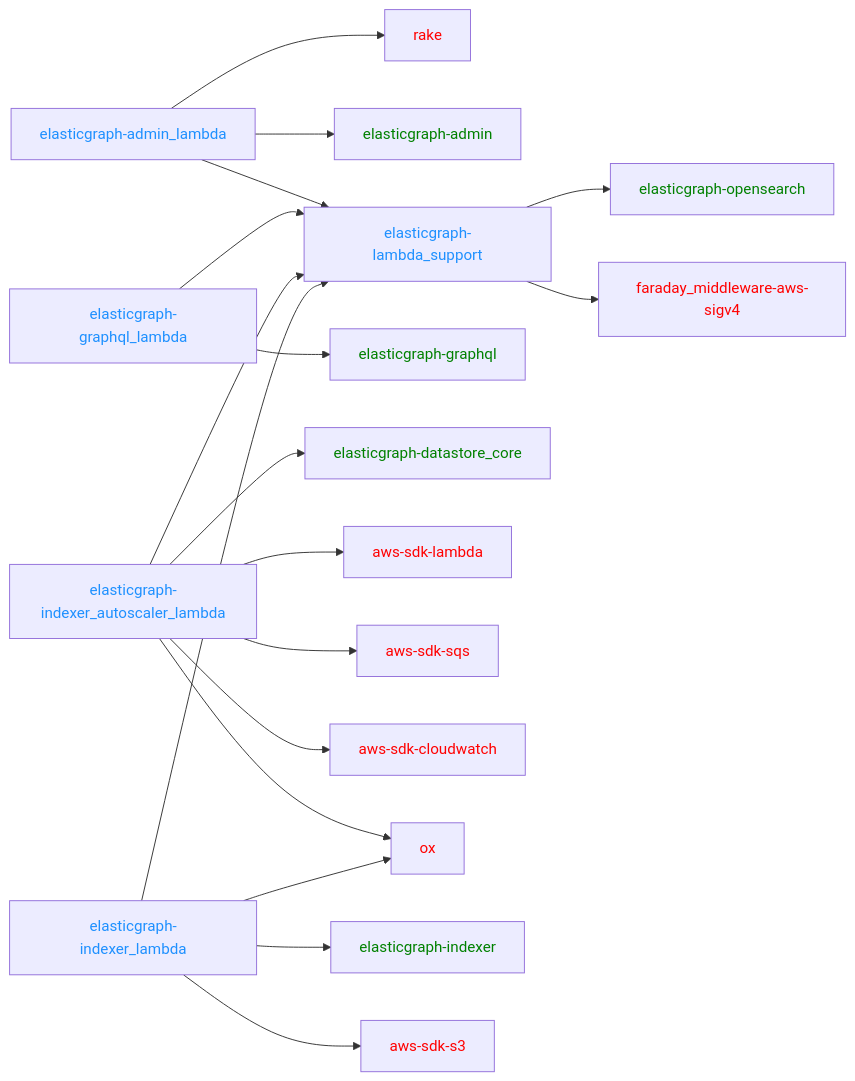
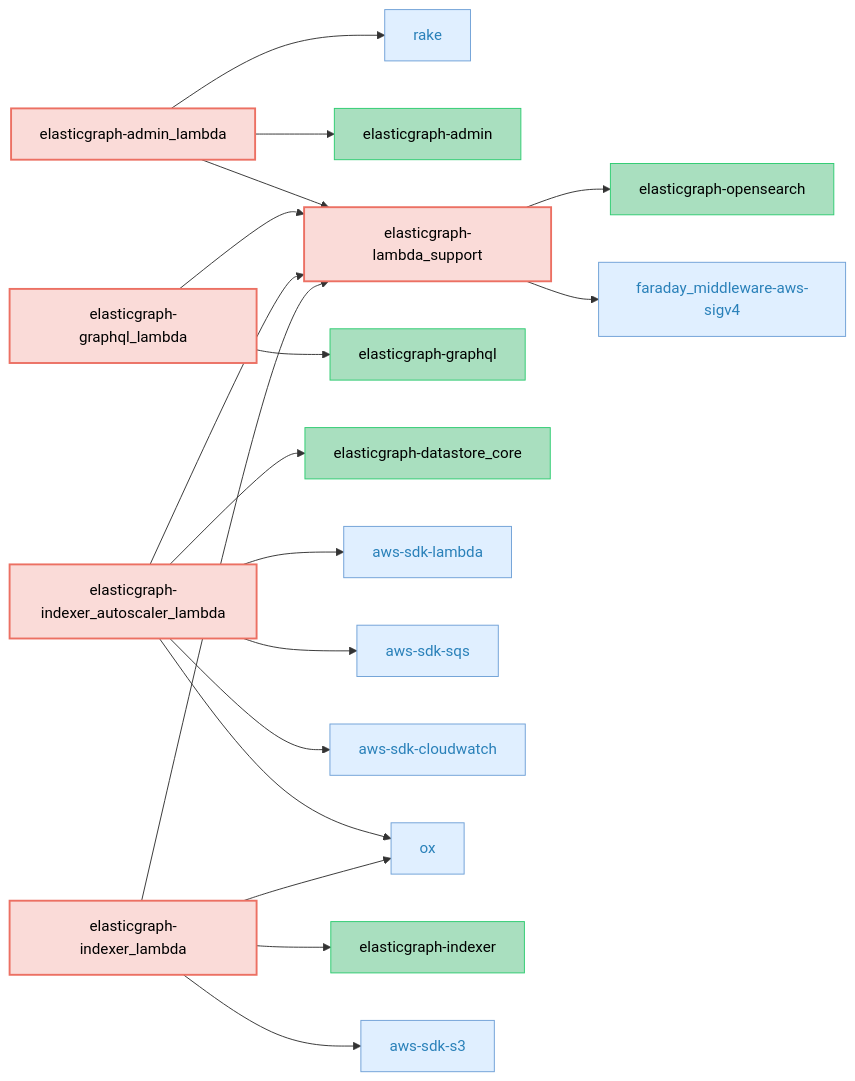
One commit to ciaran51/elasticgraph changed the second of 5 diagrams in CODEBASE_OVERVIEW.md. Above: the diagram before and after it, drawn with Mermaid. The commit also changed other lines of this file and 48 other files, not shown here.

First line of the commit message:
Maintain a dependency diagram on each gem README. (#620)

````diff
--- a/CODEBASE_OVERVIEW.md
+++ b/CODEBASE_OVERVIEW.md
@@ -65,32 +96,64 @@
 ```mermaid
 graph LR;
-    elasticgraph-admin_lambda --> rake & elasticgraph-admin & elasticgraph-lambda_support
-    elasticgraph-graphql_lambda --> elasticgraph-graphql & elasticgraph-lambda_support
-    elasticgraph-indexer_autoscaler_lambda --> elasticgraph-datastore_core & elasticgraph-lambda_support & aws-sdk-lambda & aws-sdk-sqs & aws-sdk-cloudwatch & ox
-    elasticgraph-indexer_lambda --> elasticgraph-indexer & elasticgraph-lambda_support & aws-sdk-s3 & ox
-    elasticgraph-lambda_support --> elasticgraph-opensearch & faraday_middleware-aws-sigv4
-    style elasticgraph-admin_lambda color: DodgerBlue;
-    style elasticgraph-graphql_lambda color: DodgerBlue;
-    style elasticgraph-indexer_autoscaler_lambda color: DodgerBlue;
-    style elasticgraph-indexer_lambda color: DodgerBlue;
-    style elasticgraph-lambda_support color: DodgerBlue;
-    style rake color: Red;
-    style elasticgraph-admin color: Green;
-    style elasticgraph-graphql color: Green;
-    style elasticgraph-datastore_core color: Green;
-    style aws-sdk-lambda color: Red;
-    style aws-sdk-sqs color: Red;
-    style aws-sdk-cloudwatch color: Red;
-    style ox color: Red;
-    style elasticgraph-indexer color: Green;
-    style aws-sdk-s3 color: Red;
-    style elasticgraph-opensearch color: Green;
-    style faraday_middleware-aws-sigv4 color: Red;
-click aws-sdk-cloudwatch href "https://rubygems.org/gems/aws-sdk-cloudwatch"
-click aws-sdk-lambda href "https://rubygems.org/gems/aws-sdk-lambda"
-click aws-sdk-s3 href "https://rubygems.org/gems/aws-sdk-s3"
-click aws-sdk-sqs href "https://rubygems.org/gems/aws-sdk-sqs"
-click faraday_middleware-aws-sigv4 href "https://rubygems.org/gems/faraday_middleware-aws-sigv4"
-click ox href "https://rubygems.org/gems/ox"
-click rake href "https://rubygems.org/gems/rake"
+    classDef targetGemStyle fill:#FADBD8,stroke:#EC7063,color:#000,stroke-width:2px;
+    classDef otherEgGemStyle fill:#A9DFBF,stroke:#2ECC71,color:#000;
+    classDef externalGemCatStyle fill:#E0EFFF,stroke:#70A1D7,color:#2980B9;
+    elasticgraph-admin_lambda["elasticgraph-admin_lambda"];
+    rake["rake"];
+    elasticgraph-admin["elasticgraph-admin"];
+    elasticgraph-lambda_support["elasticgraph-lambda_support"];
+    elasticgraph-graphql_lambda["elasticgraph-graphql_lambda"];
+    elasticgraph-graphql["elasticgraph-graphql"];
+    elasticgraph-indexer_autoscaler_lambda["elasticgraph-indexer_autoscaler_lambda"];
+    elasticgraph-datastore_core["elasticgraph-datastore_core"];
+    aws-sdk-lambda["aws-sdk-lambda"];
+    aws-sdk-sqs["aws-sdk-sqs"];
+    aws-sdk-cloudwatch["aws-sdk-cloudwatch"];
+    ox["ox"];
+    elasticgraph-indexer_lambda["elasticgraph-indexer_lambda"];
+    elasticgraph-indexer["elasticgraph-indexer"];
+    aws-sdk-s3["aws-sdk-s3"];
+    elasticgraph-opensearch["elasticgraph-opensearch"];
+    faraday_middleware-aws-sigv4["faraday_middleware-aws-sigv4"];
+    elasticgraph-admin_lambda --> rake;
+    elasticgraph-admin_lambda --> elasticgraph-admin;
+    elasticgraph-admin_lambda --> elasticgraph-lambda_support;
+    elasticgraph-graphql_lambda --> elasticgraph-graphql;
+    elasticgraph-graphql_lambda --> elasticgraph-lambda_support;
+    elasticgraph-indexer_autoscaler_lambda --> elasticgraph-datastore_core;
+    elasticgraph-indexer_autoscaler_lambda --> elasticgraph-lambda_support;
+    elasticgraph-indexer_autoscaler_lambda --> aws-sdk-lambda;
+    elasticgraph-indexer_autoscaler_lambda --> aws-sdk-sqs;
+    elasticgraph-indexer_autoscaler_lambda --> aws-sdk-cloudwatch;
+    elasticgraph-indexer_autoscaler_lambda --> ox;
+    elasticgraph-indexer_lambda --> elasticgraph-indexer;
+    elasticgraph-indexer_lambda --> elasticgraph-lambda_support;
+    elasticgraph-indexer_lambda --> aws-sdk-s3;
+    elasticgraph-indexer_lambda --> ox;
+    elasticgraph-lambda_support --> elasticgraph-opensearch;
+    elasticgraph-lambda_support --> faraday_middleware-aws-sigv4;
+    class elasticgraph-admin_lambda targetGemStyle;
+    class rake externalGemCatStyle;
+    class elasticgraph-admin otherEgGemStyle;
+    class elasticgraph-lambda_support targetGemStyle;
+    class elasticgraph-graphql_lambda targetGemStyle;
+    class elasticgraph-graphql otherEgGemStyle;
+    class elasticgraph-indexer_autoscaler_lambda targetGemStyle;
+    class elasticgraph-datastore_core otherEgGemStyle;
+    class aws-sdk-lambda externalGemCatStyle;
+    class aws-sdk-sqs externalGemCatStyle;
+    class aws-sdk-cloudwatch externalGemCatStyle;
+    class ox externalGemCatStyle;
+    class elasticgraph-indexer_lambda targetGemStyle;
+    class elasticgraph-indexer otherEgGemStyle;
+    class aws-sdk-s3 externalGemCatStyle;
+    class elasticgraph-opensearch otherEgGemStyle;
+    class faraday_middleware-aws-sigv4 externalGemCatStyle;
+    click rake href "https://rubygems.org/gems/rake" "Open on RubyGems.org" _blank;
+    click aws-sdk-lambda href "https://rubygems.org/gems/aws-sdk-lambda" "Open on RubyGems.org" _blank;
+    click aws-sdk-sqs href "https://rubygems.org/gems/aws-sdk-sqs" "Open on RubyGems.org" _blank;
+    click aws-sdk-cloudwatch href "https://rubygems.org/gems/aws-sdk-cloudwatch" "Open on RubyGems.org" _blank;
+    click ox href "https://rubygems.org/gems/ox" "Open on RubyGems.org" _blank;
+    click aws-sdk-s3 href "https://rubygems.org/gems/aws-sdk-s3" "Open on RubyGems.org" _blank;
+    click faraday_middleware-aws-sigv4 href "https://rubygems.org/gems/faraday_middleware-aws-sigv4" "Open on RubyGems.org" _blank;
 ```
````
